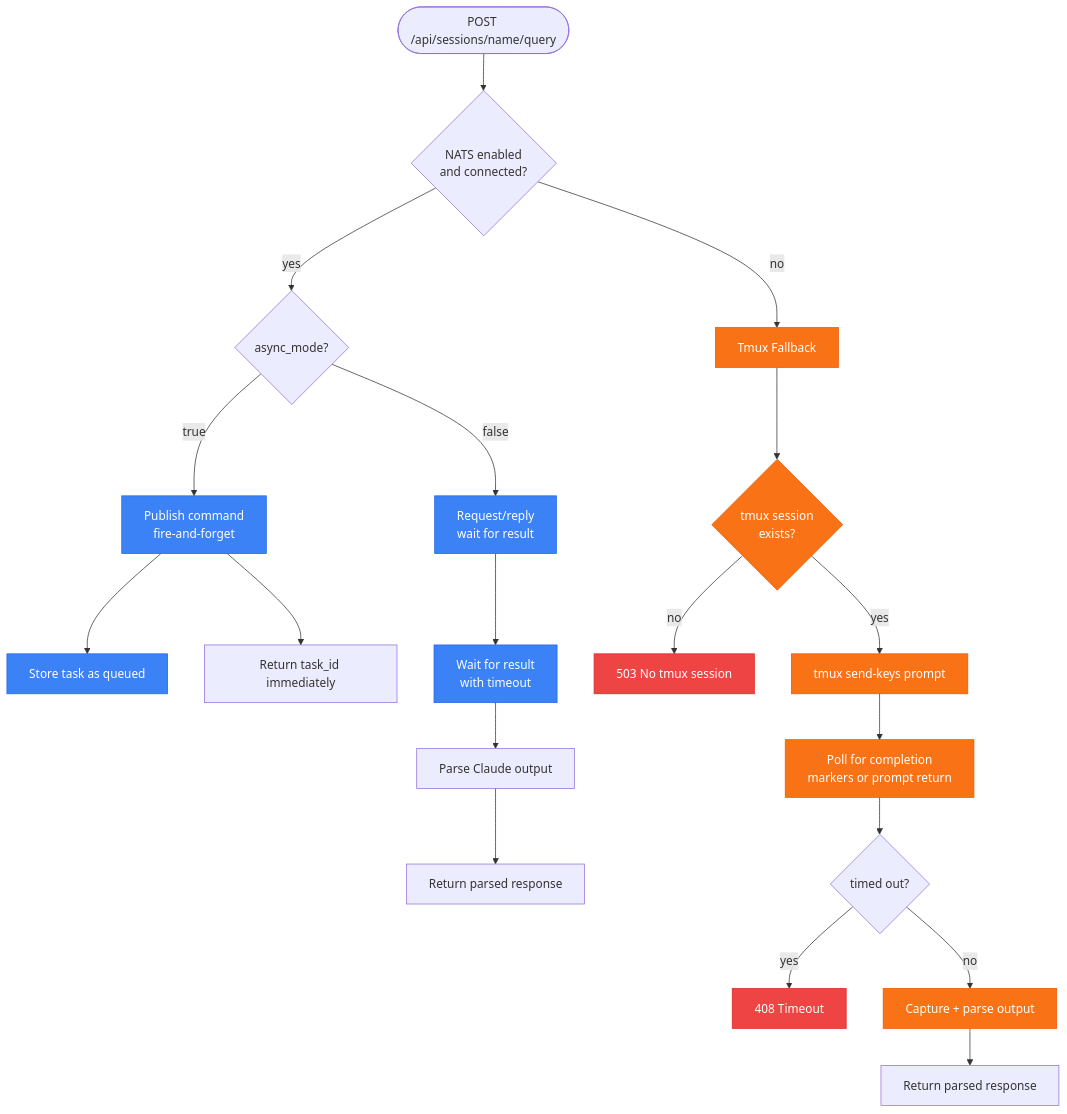
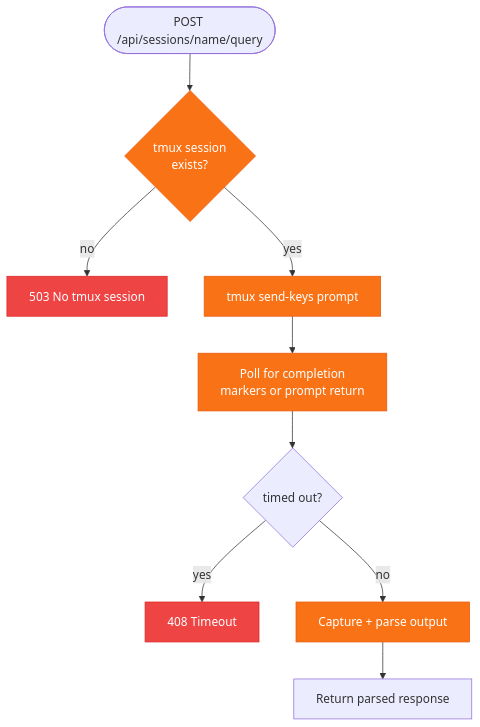
One commit to neverprepared/ink-bunny changed the second of 3 diagrams in docs/brainbox/api-reference.md. Above: the diagram before and after it, drawn with Mermaid. The commit also changed other lines of this file and 10 other files, not shown here.

First line of the commit message:
feat: remove NATS, add exec_session/get_session MCP tools, fix query timeout

````diff
--- a/docs/brainbox/api-reference.md
+++ b/docs/brainbox/api-reference.md
@@ -82,34 +80,17 @@
 ```mermaid
 flowchart TD
-    Query([POST /api/sessions/name/query]) --> NATSCheck{NATS enabled<br/>and connected?}
-
-    NATSCheck -->|yes| AsyncCheck{async_mode?}
-    NATSCheck -->|no| Tmux[Tmux Fallback]
-
-    AsyncCheck -->|true| Publish[Publish command<br/>fire-and-forget]
-    AsyncCheck -->|false| Request[Request/reply<br/>wait for result]
-
-    Publish --> StoreTask[Store task as queued]
-    Publish --> Return1[Return task_id immediately]
-
-    Request --> Wait[Wait for result<br/>with timeout]
-    Wait --> Parse[Parse Claude output]
-    Parse --> Return2[Return parsed response]
-
-    Tmux --> CheckSession{tmux session<br/>exists?}
+    Query([POST /api/sessions/name/query]) --> CheckSession{tmux session<br/>exists?}
     CheckSession -->|no| Error503[503 No tmux session]
     CheckSession -->|yes| SendKeys[tmux send-keys prompt]
     SendKeys --> Poll[Poll for completion<br/>markers or prompt return]
     Poll --> Timeout{timed out?}
     Timeout -->|yes| Error408[408 Timeout]
     Timeout -->|no| Capture[Capture + parse output]
-    Capture --> Return3[Return parsed response]
+    Capture --> Return[Return parsed response]
 
-    classDef natsStyle fill:#3b82f6,stroke:#2563eb,color:#fff
     classDef tmuxStyle fill:#f97316,stroke:#ea580c,color:#fff
     classDef errStyle fill:#ef4444,stroke:#dc2626,color:#fff
 
-    class Publish,Request,Wait,StoreTask natsStyle
-    class Tmux,CheckSession,SendKeys,Poll,Capture tmuxStyle
+    class CheckSession,SendKeys,Poll,Capture tmuxStyle
     class Error503,Error408 errStyle
 ```
````
